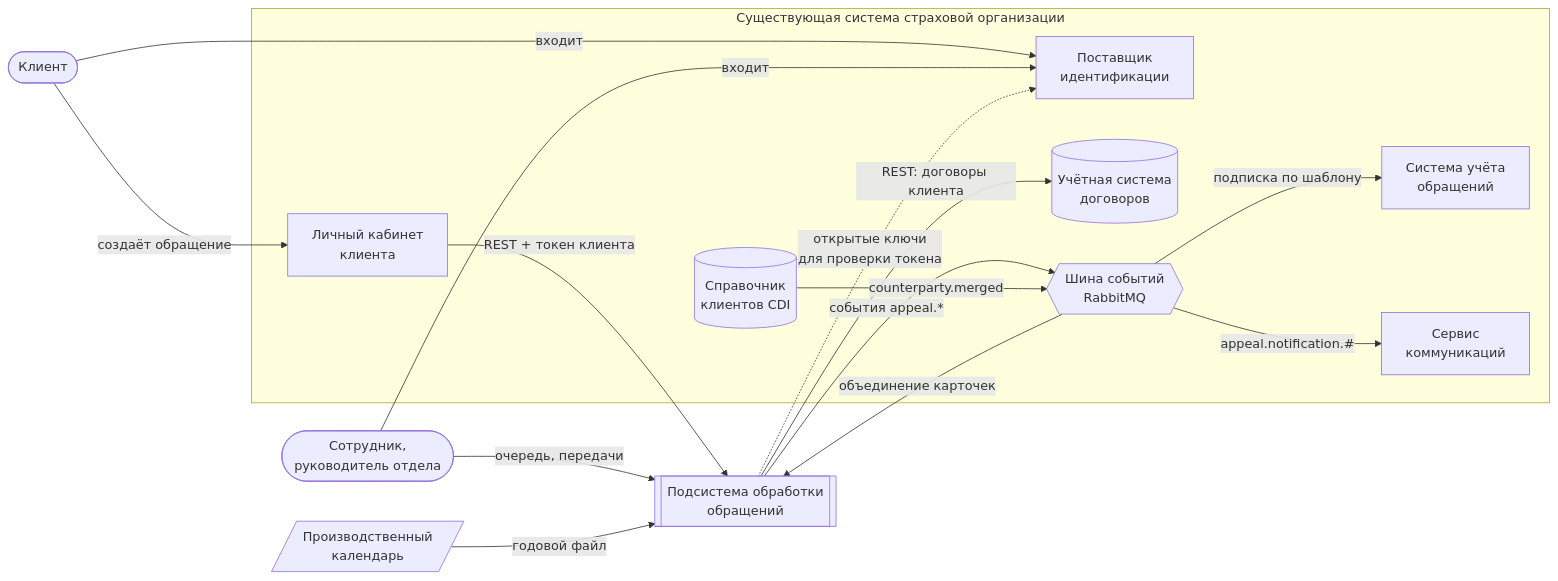
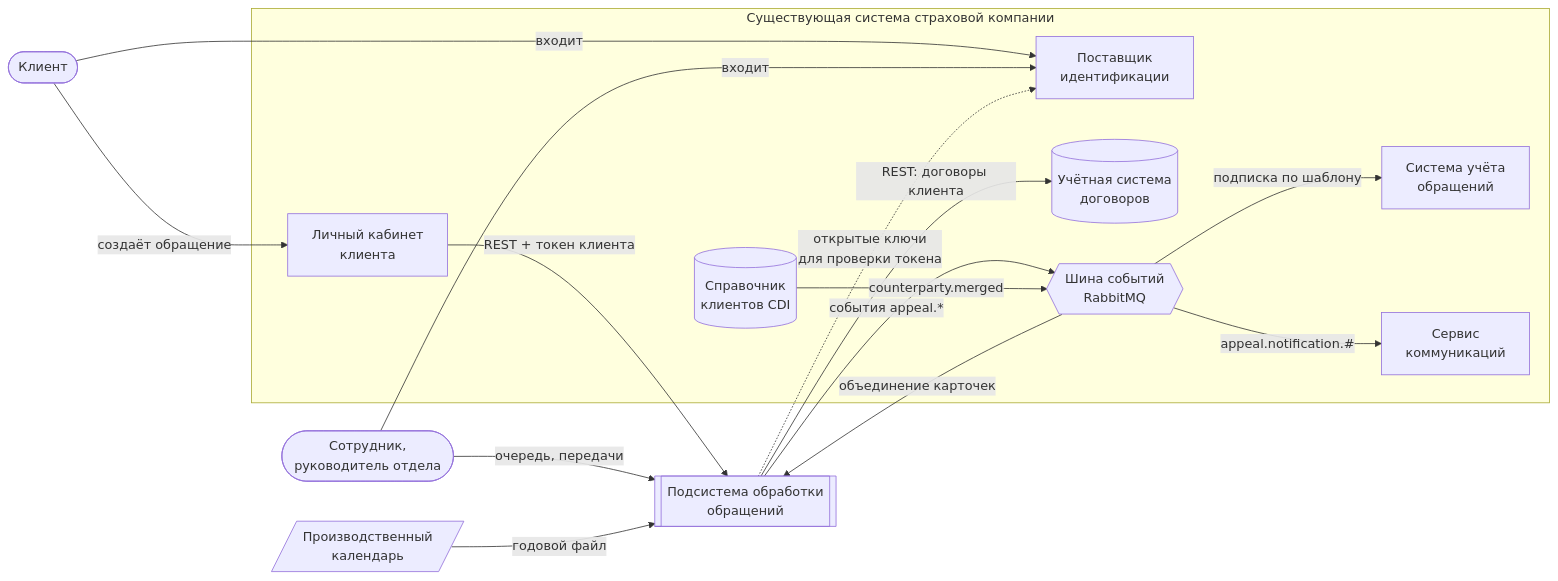
Before and after one commit to Rondarka/insurance-appeals-prototype: the diagram in docs/integration-contract.md, drawn with Mermaid. The commit also changed other lines of this file and 4 other files, not shown here.

First line of the commit message:
docs: хранилище файлов, формулировка темы, роль системы учёта и шины на схеме

````diff
--- a/docs/integration-contract.md
+++ b/docs/integration-contract.md
@@ -12,33 +12,33 @@
 ```mermaid
 flowchart LR
     client([Клиент])
     employee([Сотрудник,<br/>руководитель отдела])
 
-    subgraph insurer [Существующая система страховой организации]
+    subgraph insurer [Существующая система страховой компании]
         idp[Поставщик<br/>идентификации]
         lk[Личный кабинет<br/>клиента]
         acc[(Учётная система<br/>договоров)]
         crm[Система учёта<br/>обращений]
         notify[Сервис<br/>коммуникаций]
         cdi[(Справочник<br/>клиентов CDI)]
         bus{{Шина событий<br/>RabbitMQ}}
     end
 
     sub[[Подсистема обработки<br/>обращений]]
     cal[/Производственный<br/>календарь/]
 
     client -->|входит| idp
     client -->|создаёт обращение| lk
     employee -->|входит| idp
     employee -->|очередь, передачи| sub
 
     lk -->|REST + токен клиента| sub
     sub -.->|открытые ключи<br/>для проверки токена| idp
     sub -->|REST: договоры клиента| acc
     sub -->|события appeal.*| bus
     bus -->|подписка по шаблону| crm
     bus -->|appeal.notification.#| notify
     cdi -->|counterparty.merged| bus
     bus -->|объединение карточек| sub
     cal -->|годовой файл| sub
 ```
````
